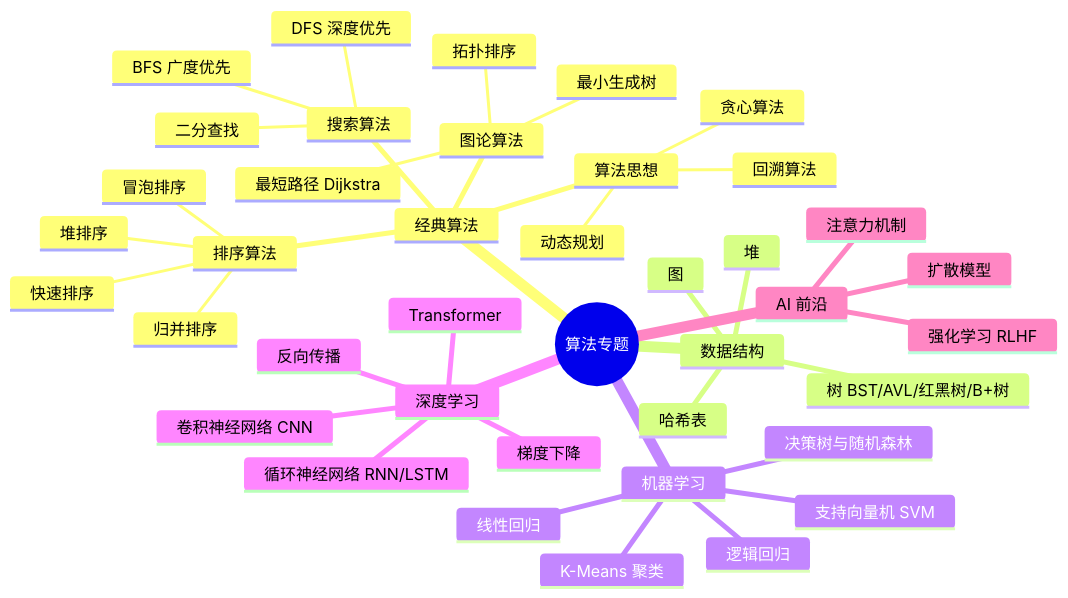
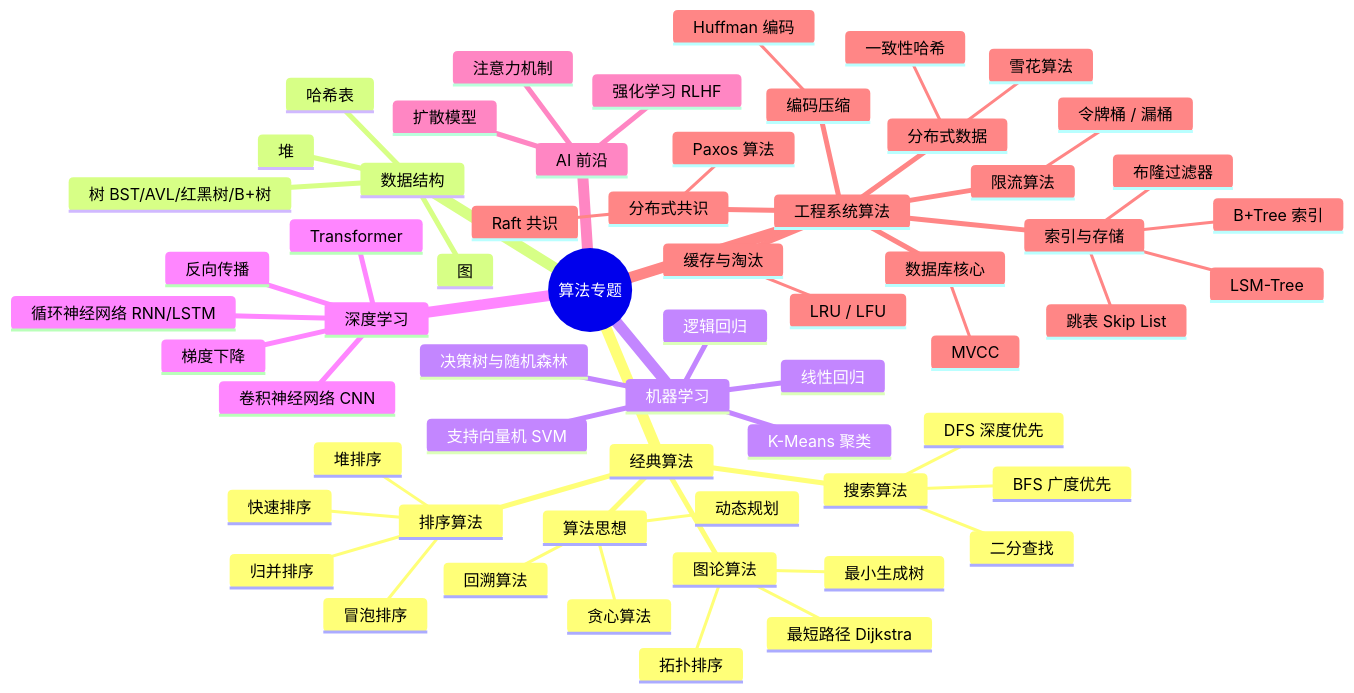
One commit to ScottWZY/portal changed the first of 2 diagrams in wiki-docs/docs/algorithm-topics/index.md. Above: the diagram before and after it, drawn with Mermaid. The commit also changed other lines of this file and 4 other files, not shown here.

````diff
--- a/wiki-docs/docs/algorithm-topics/index.md
+++ b/wiki-docs/docs/algorithm-topics/index.md
@@ -18,43 +18,63 @@
 ```mermaid
 mindmap
   root((算法专题))
     经典算法
       排序算法
         冒泡排序
         快速排序
         归并排序
         堆排序
       搜索算法
         二分查找
         BFS 广度优先
         DFS 深度优先
       图论算法
         最短路径 Dijkstra
         拓扑排序
         最小生成树
       算法思想
         动态规划
         贪心算法
         回溯算法
     数据结构
       堆
       哈希表
       树 BST/AVL/红黑树/B+树
       图
     机器学习
       线性回归
       逻辑回归
       决策树与随机森林
       支持向量机 SVM
       K-Means 聚类
     深度学习
       梯度下降
       反向传播
       卷积神经网络 CNN
       循环神经网络 RNN/LSTM
       Transformer
     AI 前沿
       注意力机制
       扩散模型
       强化学习 RLHF
+    工程系统算法
+      分布式共识
+        Raft 共识
+        Paxos 算法
+      分布式数据
+        一致性哈希
+        雪花算法
+      索引与存储
+        B+Tree 索引
+        LSM-Tree
+        跳表 Skip List
+        布隆过滤器
+      数据库核心
+        MVCC
+      缓存与淘汰
+        LRU / LFU
+      限流算法
+        令牌桶 / 漏桶
+      编码压缩
+        Huffman 编码
 ```
````
